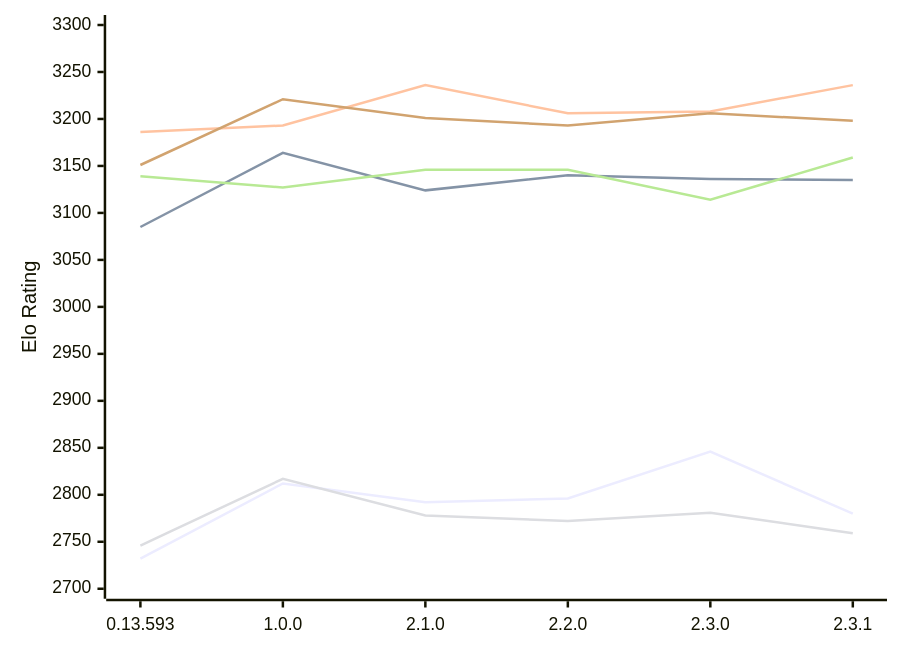
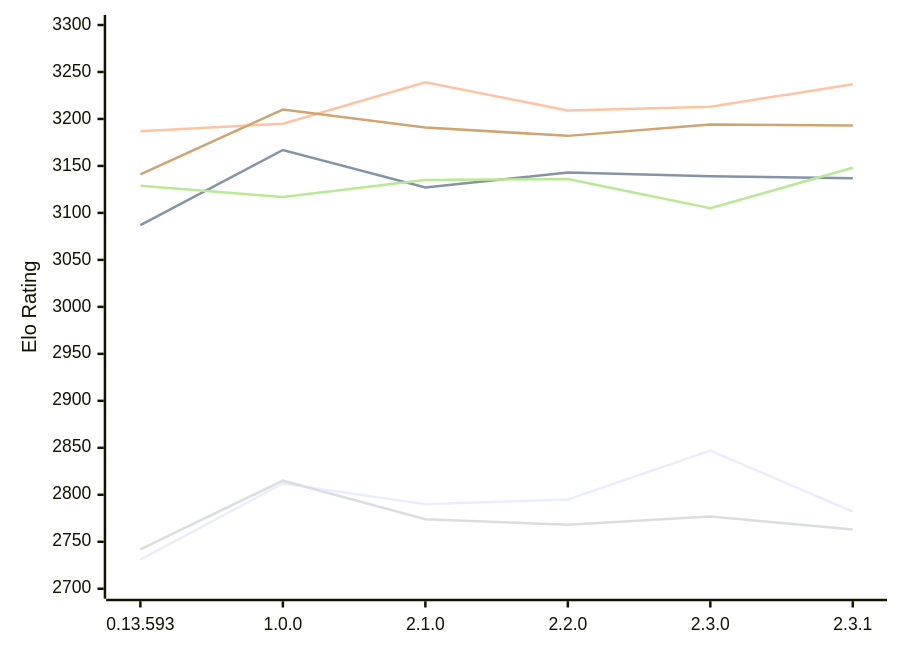
Before and after one commit to computer-chess-index/cci: the diagram in engines/Pawnstar.md, drawn with Mermaid. The commit also changed other lines of this file, not shown here.

Commit message:
Update CCI Ratings (ELO VLTC) - 2026-11-15

````diff
--- a/engines/Pawnstar.md
+++ b/engines/Pawnstar.md
@@ -57,12 +57,12 @@
 ```mermaid
 %%{init: {"theme":"base","themeVariables":{"seriesColors:['#a3a3a3','#222221','#faa371']}}}%%
 xychart-beta
   x-axis ["0.13.593", "1.0.0", "2.1.0", "2.2.0", "2.3.0", "2.3.1"]
   y-axis "Elo Rating" 2700 --> 3300
-  line "E1: STC (8.0+0.08s)" [2732, 2812, 2792, 2796, 2846, 2780]
-  line "E1: LTC (60.0+0.60s)" [3085, 3164, 3124, 3140, 3136, 3135]
-  line "E1: VLTC (2m24s+1.12s)" [3186, 3193, 3236, 3206, 3208, 3236]
-  line "P1: STC (8.0+0.08s)" [2746, 2817, 2778, 2772, 2781, 2759]
-  line "P1: LTC (60.0+0.60s)" [3139, 3127, 3146, 3146, 3114, 3159]
-  line "P1: VLTC (2m24s+1.12s)" [3151, 3221, 3201, 3193, 3206, 3198]
+  line "E1: STC (8.0+0.08s)" [2731, 2812, 2790, 2795, 2847, 2782]
+  line "E1: LTC (60.0+0.60s)" [3087, 3167, 3127, 3143, 3139, 3137]
+  line "E1: VLTC (2m24s+1.12s)" [3187, 3195, 3239, 3209, 3213, 3237]
+  line "P1: STC (8.0+0.08s)" [2742, 2815, 2774, 2768, 2777, 2763]
+  line "P1: LTC (60.0+0.60s)" [3129, 3117, 3135, 3136, 3105, 3148]
+  line "P1: VLTC (2m24s+1.12s)" [3141, 3210, 3191, 3182, 3194, 3193]
 ```
````
